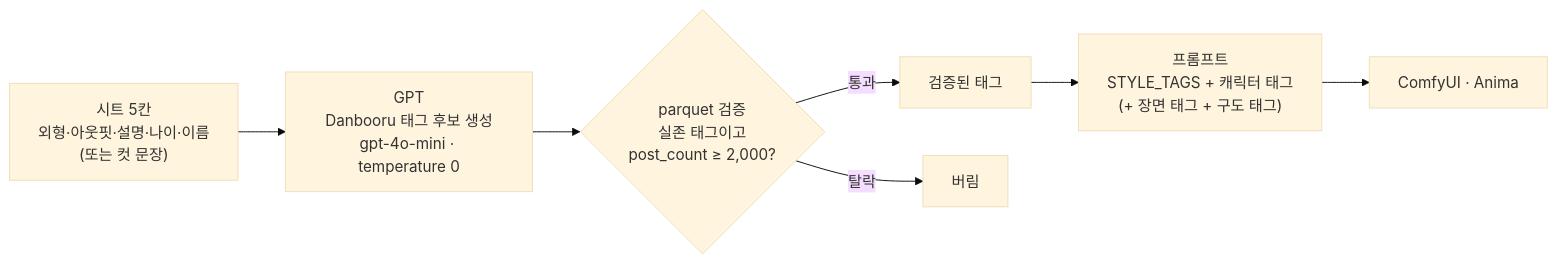
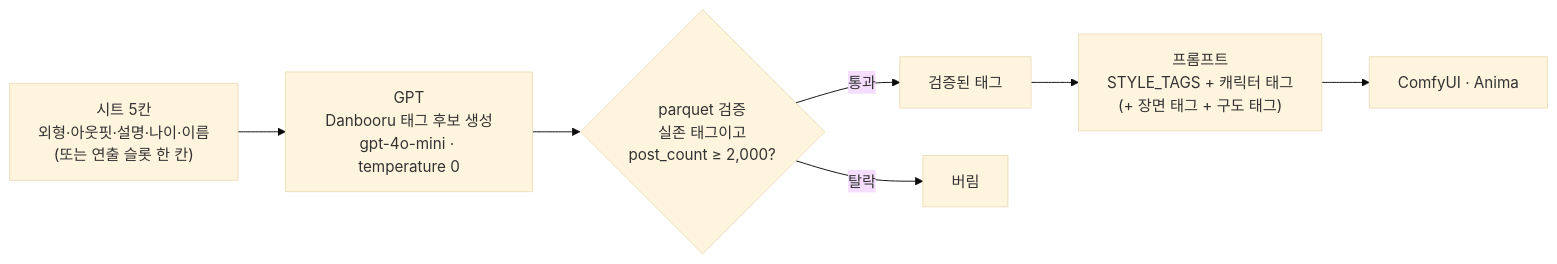
The second of 3 diagrams in README.md (beomjin2/Adflow), drawn with Mermaid (base theme) before and after one commit. The commit also changed other lines of this file, not shown here.

````diff
--- a/README.md
+++ b/README.md
@@ -36,9 +38,9 @@
 ```mermaid
 flowchart LR
-    IN["시트 5칸<br/>외형·아웃핏·설명·나이·이름<br/>(또는 컷 문장)"] --> GPT["GPT<br/>Danbooru 태그 후보 생성<br/>gpt-4o-mini · temperature 0"]
+    IN["시트 5칸<br/>외형·아웃핏·설명·나이·이름<br/>(또는 연출 슬롯 한 칸)"] --> GPT["GPT<br/>Danbooru 태그 후보 생성<br/>gpt-4o-mini · temperature 0"]
     GPT --> V{"parquet 검증<br/>실존 태그이고<br/>post_count ≥ 2,000?"}
     V -- 통과 --> OK[검증된 태그]
     V -- 탈락 --> DROP[버림]
     OK --> P["프롬프트<br/>STYLE_TAGS + 캐릭터 태그<br/>(+ 장면 태그 + 구도 태그)"]
     P --> ANIMA[ComfyUI · Anima]
 ```
````
